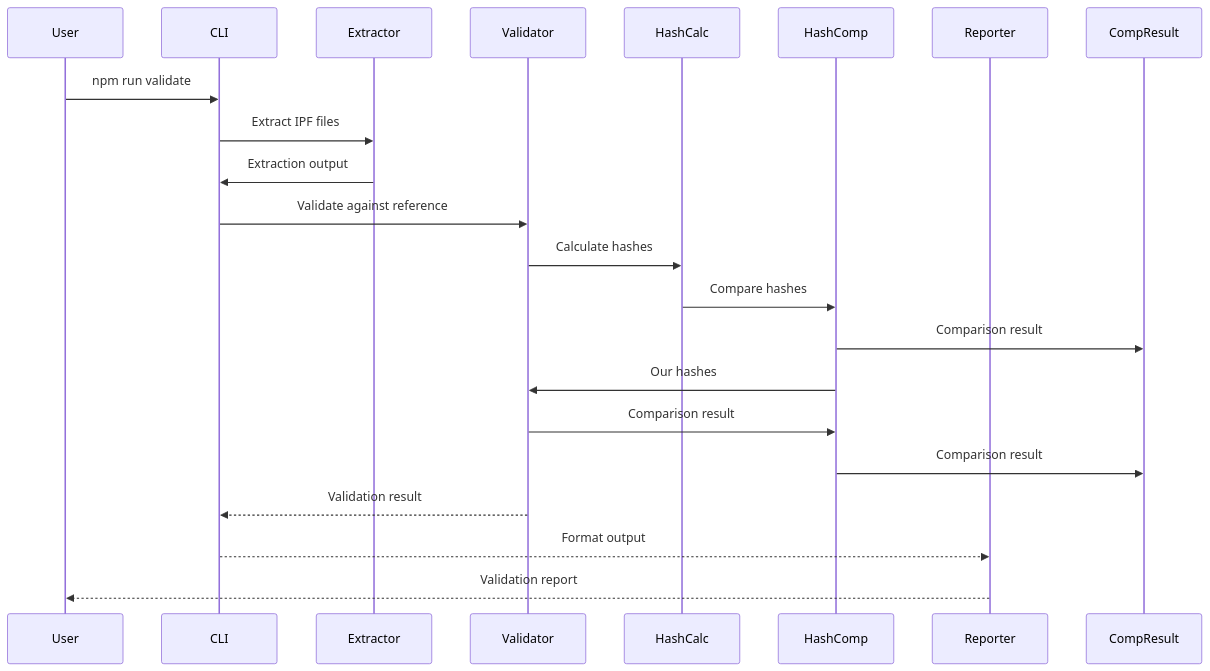
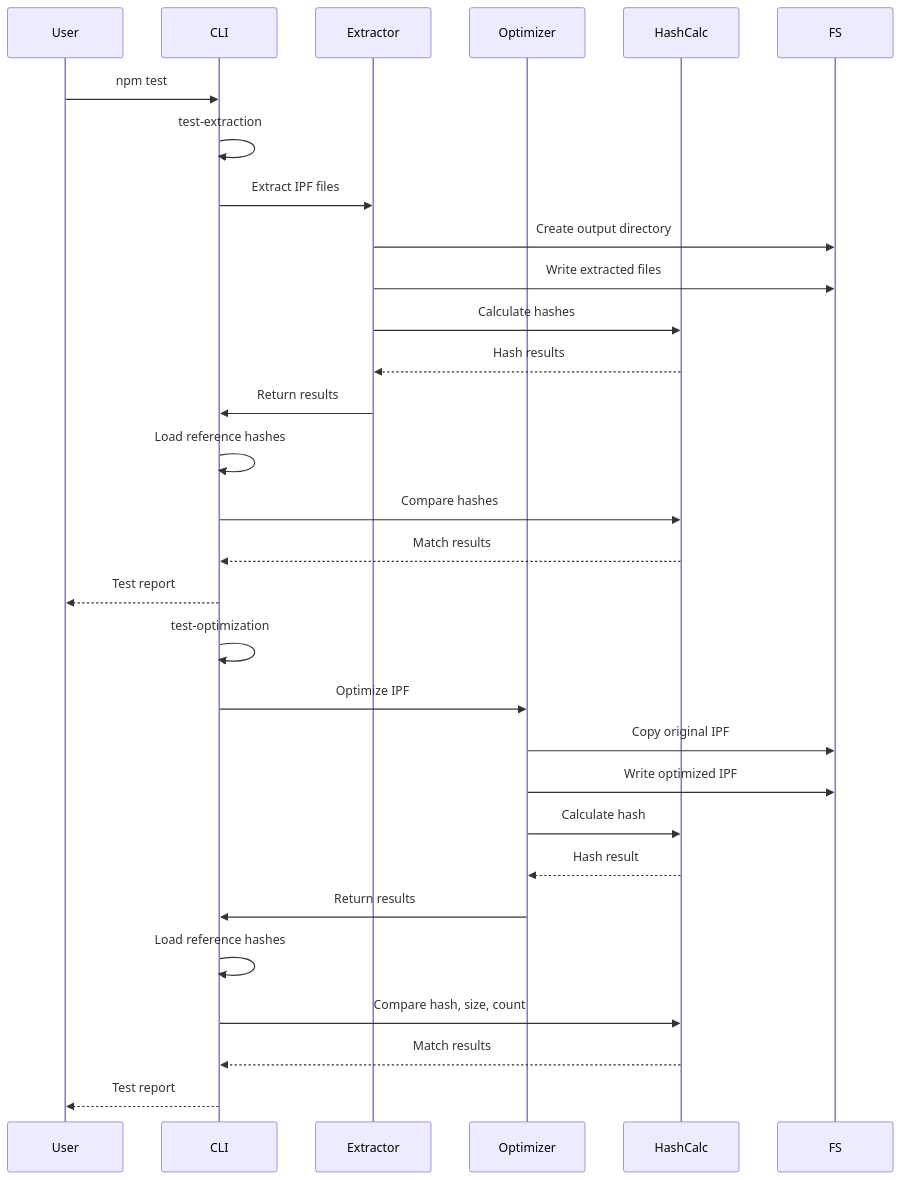
Before and after one commit to joao-paulo-santos/GE-Library: the second of 3 diagrams in testing/architecture.md, drawn with Mermaid. The commit also changed other lines of this file and 19 other files, not shown here.

````diff
--- a/testing/architecture.md
+++ b/testing/architecture.md
@@ -334,24 +234,34 @@
 ```mermaid
 sequenceDiagram
     participant User
     participant CLI
     participant Extractor
-    participant Validator
+    participant Optimizer
     participant HashCalc
-    participant HashComp
-    participant Reporter
+    participant FS
+
+    User->>CLI: npm test
+    CLI->>CLI: test-extraction
+    CLI->>Extractor: Extract IPF files
+    Extractor->>FS: Create output directory
+    Extractor->>FS: Write extracted files
+    Extractor->>HashCalc: Calculate hashes
+    HashCalc-->>Extractor: Hash results
+    Extractor->>CLI: Return results
+    CLI->>CLI: Load reference hashes
+    CLI->>HashCalc: Compare hashes
+    HashCalc-->>CLI: Match results
+    CLI-->>User: Test report
     
-    User->>CLI: npm run validate
-    CLI->>Extractor: Extract IPF files
-    Extractor->>CLI: Extraction output
-    CLI->>Validator: Validate against reference
-    Validator->>HashCalc: Calculate hashes
-    HashCalc->>HashComp: Compare hashes
-    HashComp->>CompResult: Comparison result
-    HashComp->>Validator: Our hashes
-    Validator->>HashComp: Comparison result
-    HashComp->>CompResult: Comparison result
-    Validator-->>CLI: Validation result
-    CLI-->>Reporter: Format output
-    Reporter-->>User: Validation report
+    CLI->>CLI: test-optimization
+    CLI->>Optimizer: Optimize IPF
+    Optimizer->>FS: Copy original IPF
+    Optimizer->>FS: Write optimized IPF
+    Optimizer->>HashCalc: Calculate hash
+    HashCalc-->>Optimizer: Hash result
+    Optimizer->>CLI: Return results
+    CLI->>CLI: Load reference hashes
+    CLI->>HashCalc: Compare hash, size, count
+    HashCalc-->>CLI: Match results
+    CLI-->>User: Test report
 ```
````
